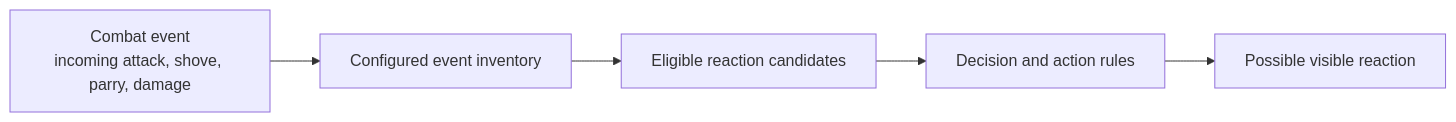
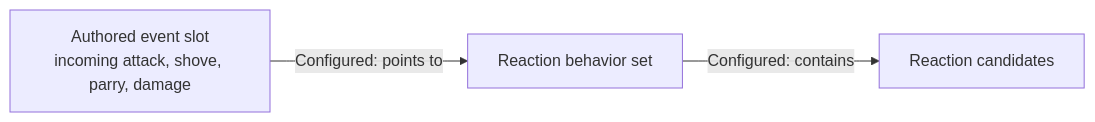
One commit to Knutschbert/ArgonSDK-FieldGuide changed the second of 2 diagrams in docs/Systems/Chivalry2/Bot Behavior/combat-actions-and-reactions.md. Above: the diagram before and after it, drawn with Mermaid. The commit also changed other lines of this file and 9 other files, not shown here.

````diff
--- a/docs/Systems/Chivalry2/Bot Behavior/combat-actions-and-reactions.md
+++ b/docs/Systems/Chivalry2/Bot Behavior/combat-actions-and-reactions.md
@@ -84,7 +84,5 @@
 ```mermaid
 flowchart LR
-  E[Combat event<br/>incoming attack, shove, parry, damage] --> I[Configured event inventory]
-  I --> C[Eligible reaction candidates]
-  C --> D[Decision and action rules]
-  D --> V[Possible visible reaction]
+  E[Authored event slot<br/>incoming attack, shove, parry, damage] -->|Configured: points to| I[Reaction behavior set]
+  I -->|Configured: contains| C[Reaction candidates]
 ```
````
